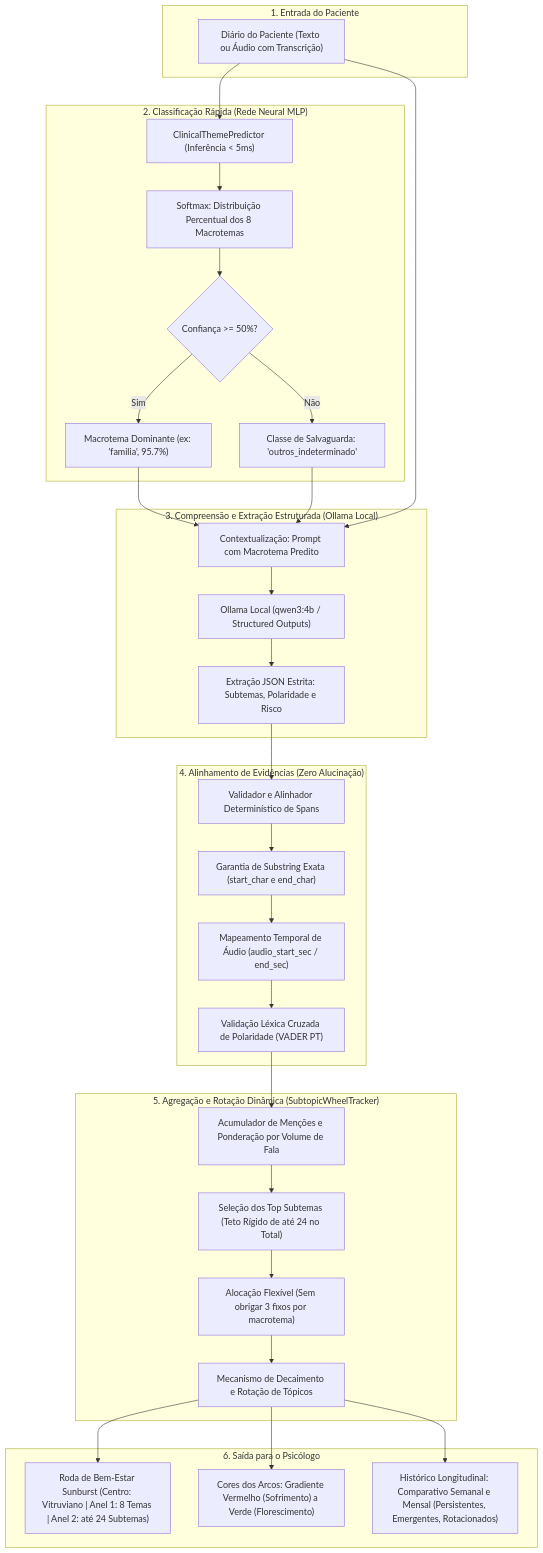
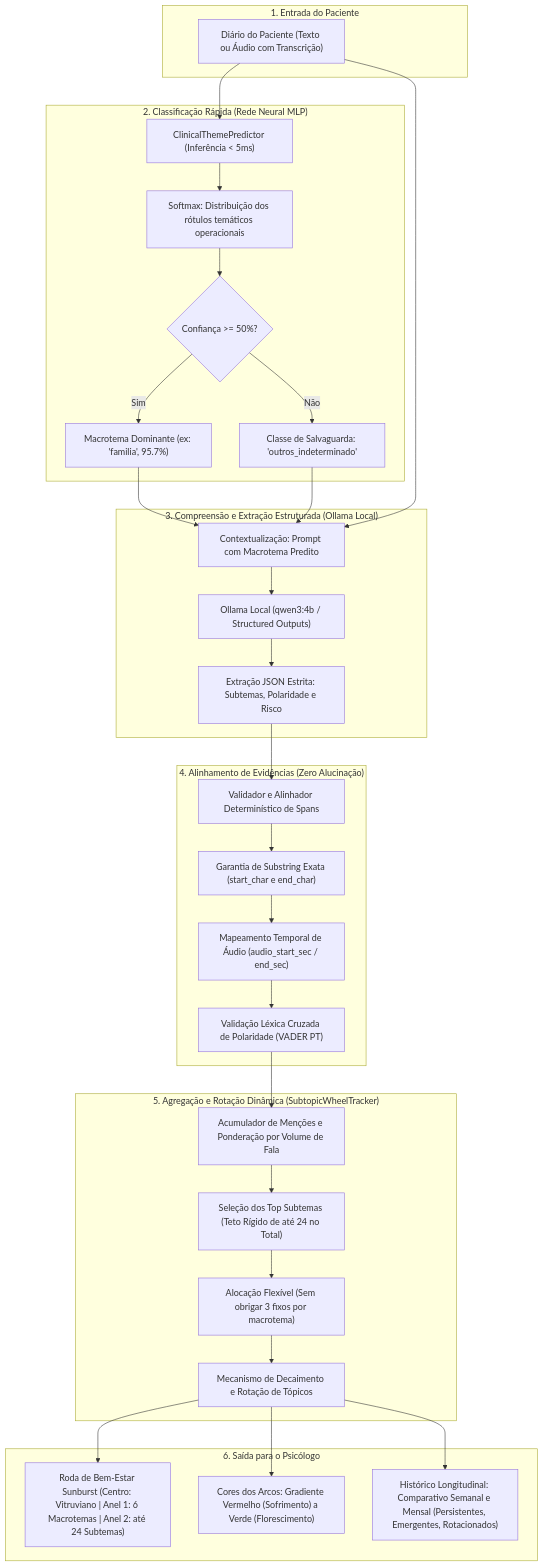
Before and after one commit to 007-Licensa-Para-Executar/challenge-2-base: the first of 2 diagrams in docs/agente-1-flow.md, drawn with Mermaid. The commit also changed other lines of this file and 37 other files, not shown here.

````diff
--- a/docs/agente-1-flow.md
+++ b/docs/agente-1-flow.md
@@ -27,61 +32,61 @@
 ```mermaid
 flowchart TD
     subgraph Entrada["1. Entrada do Paciente"]
         A["Diário do Paciente (Texto ou Áudio com Transcrição)"]
     end
 
     subgraph CamadaNeural["2. Classificação Rápida (Rede Neural MLP)"]
         B["ClinicalThemePredictor (Inferência &lt; 5ms)"]
-        C["Softmax: Distribuição Percentual dos 8 Macrotemas"]
+        C["Softmax: Distribuição dos rótulos temáticos operacionais"]
         D{"Confiança &gt;= 50%?"}
         E["Macrotema Dominante (ex: 'familia', 95.7%)"]
         F["Classe de Salvaguarda: 'outros_indeterminado'"]
         
         B --> C --> D
         D -- Sim --> E
         D -- Não --> F
     end
 
     subgraph Agente1LLM["3. Compreensão e Extração Estruturada (Ollama Local)"]
         G["Contextualização: Prompt com Macrotema Predito"]
         H["Ollama Local (qwen3:4b / Structured Outputs)"]
         I["Extração JSON Estrita: Subtemas, Polaridade e Risco"]
         
         G --> H --> I
     end
 
     subgraph ValidacaoExplicabilidade["4. Alinhamento de Evidências (Zero Alucinação)"]
         J["Validador e Alinhador Determinístico de Spans"]
         K["Garantia de Substring Exata (start_char e end_char)"]
         L["Mapeamento Temporal de Áudio (audio_start_sec / end_sec)"]
         M["Validação Léxica Cruzada de Polaridade (VADER PT)"]
         
         J --> K --> L --> M
     end
 
     subgraph MotorDaRoda["5. Agregação e Rotação Dinâmica (SubtopicWheelTracker)"]
         N["Acumulador de Menções e Ponderação por Volume de Fala"]
         O["Seleção dos Top Subtemas (Teto Rígido de até 24 no Total)"]
         P["Alocação Flexível (Sem obrigar 3 fixos por macrotema)"]
         Q["Mecanismo de Decaimento e Rotação de Tópicos"]
         
         N --> O --> P --> Q
     end
 
     subgraph VisualizacaoPlataforma["6. Saída para o Psicólogo"]
-        R["Roda de Bem-Estar Sunburst (Centro: Vitruviano | Anel 1: 8 Temas | Anel 2: até 24 Subtemas)"]
+        R["Roda de Bem-Estar Sunburst (Centro: Vitruviano | Anel 1: 6 Macrotemas | Anel 2: até 24 Subtemas)"]
         S["Cores dos Arcos: Gradiente Vermelho (Sofrimento) a Verde (Florescimento)"]
         T["Histórico Longitudinal: Comparativo Semanal e Mensal (Persistentes, Emergentes, Rotacionados)"]
         
         Q --> R
         Q --> S
         Q --> T
     end
 
     A --> B
     E --> G
     F --> G
     A --> G
     I --> J
     M --> N
 ```
````
